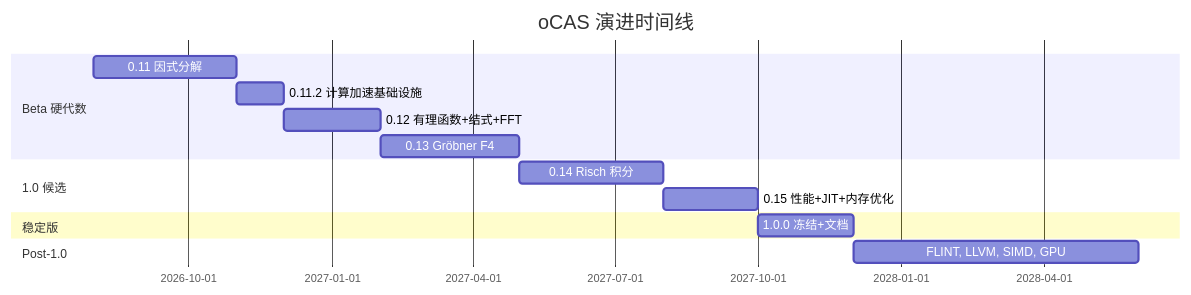
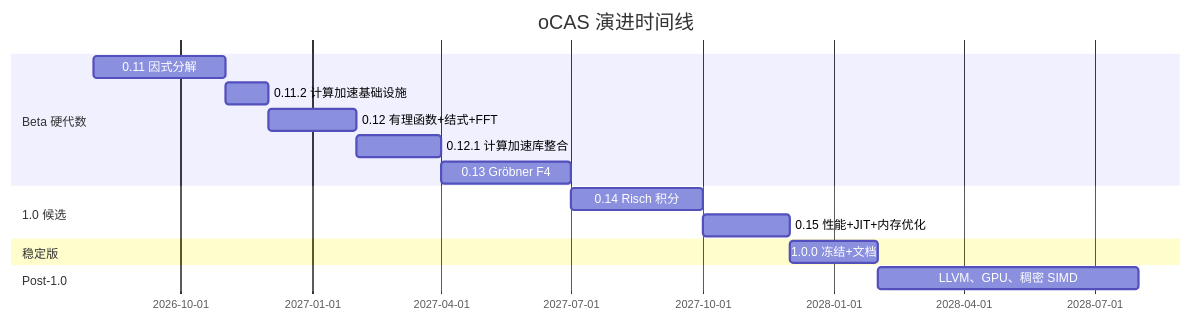
The diagram in docs/planning/EVOLUTION_PLAN_CN.md (Charleshzh/oCAS), drawn with Mermaid before and after one commit. The commit also changed other lines of this file and 1 other file, not shown here.

````diff
--- a/docs/planning/EVOLUTION_PLAN_CN.md
+++ b/docs/planning/EVOLUTION_PLAN_CN.md
@@ -27,17 +27,18 @@
 ```mermaid
 gantt
     title oCAS 演进时间线
     dateFormat YYYY-MM
     section Beta 硬代数
     0.11 因式分解            :b11, 2026-08, 3M
     0.11.2 计算加速基础设施   :b112, after b11, 1M
     0.12 有理函数+结式+FFT   :b12, after b112, 2M
-    0.13 Gröbner F4          :b13, after b12, 3M
+    0.12.1 计算加速库整合     :b121, after b12, 2M
+    0.13 Gröbner F4          :b13, after b121, 3M
     section 1.0 候选
     0.14 Risch 积分          :r14, after b13, 3M
     0.15 性能+JIT+内存优化    :r15, after r14, 2M
     section 稳定版
     1.0.0 冻结+文档          :s10, after r15, 2M
     section Post-1.0
-    FLINT, LLVM, SIMD, GPU   :p1, after s10, 6M
+    LLVM、GPU、稠密 SIMD      :p1, after s10, 6M
 ```
````
